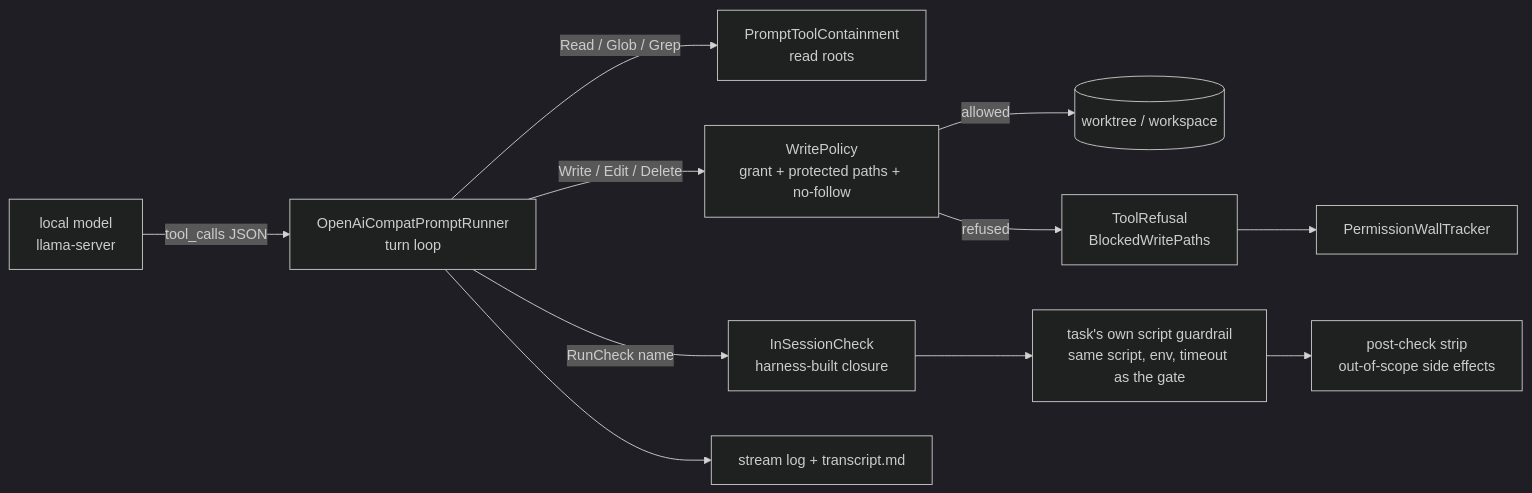
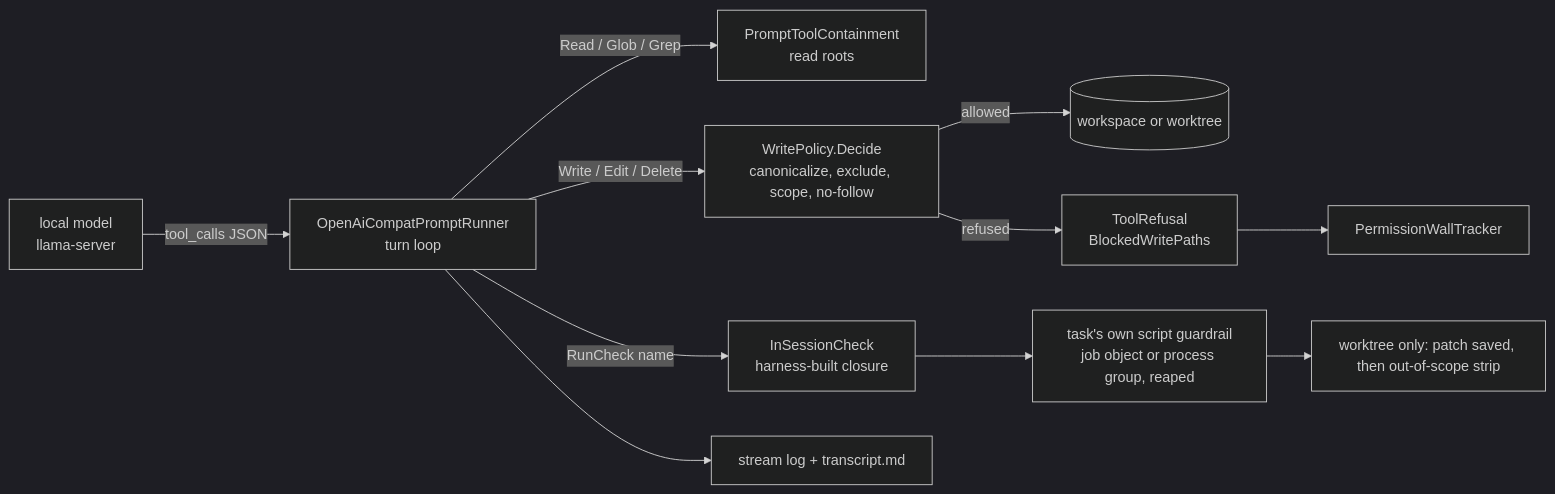
The diagram in docs/plans/544-local-inference-actions.charter.md (Servant-Software-LLC/Guardrails), drawn with Mermaid (dark theme) before and after one commit. The commit also changed other lines of this file, not shown here.

````diff
--- a/docs/plans/544-local-inference-actions.charter.md
+++ b/docs/plans/544-local-inference-actions.charter.md
@@ -100,13 +115,13 @@
 ```mermaid
 flowchart LR
   M[local model<br/>llama-server] -- tool_calls JSON --> R[OpenAiCompatPromptRunner<br/>turn loop]
   R -- Read / Glob / Grep --> RP[PromptToolContainment<br/>read roots]
-  R -- Write / Edit / Delete --> WP[WritePolicy<br/>grant + protected paths + no-follow]
+  R -- Write / Edit / Delete --> WP[WritePolicy.Decide<br/>canonicalize, exclude, scope, no-follow]
   R -- RunCheck name --> CK[InSessionCheck<br/>harness-built closure]
-  WP -- allowed --> FS[(worktree / workspace)]
+  WP -- allowed --> FS[(workspace or worktree)]
   WP -- refused --> RF[ToolRefusal<br/>BlockedWritePaths]
-  CK --> SG[task's own script guardrail<br/>same script, env, timeout as the gate]
-  SG --> ST[post-check strip<br/>out-of-scope side effects]
+  CK --> SG[task's own script guardrail<br/>job object or process group, reaped]
+  SG --> ST[worktree only: patch saved, then out-of-scope strip]
   RF --> PW[PermissionWallTracker]
   R --> TL[stream log + transcript.md]
 ```
````
